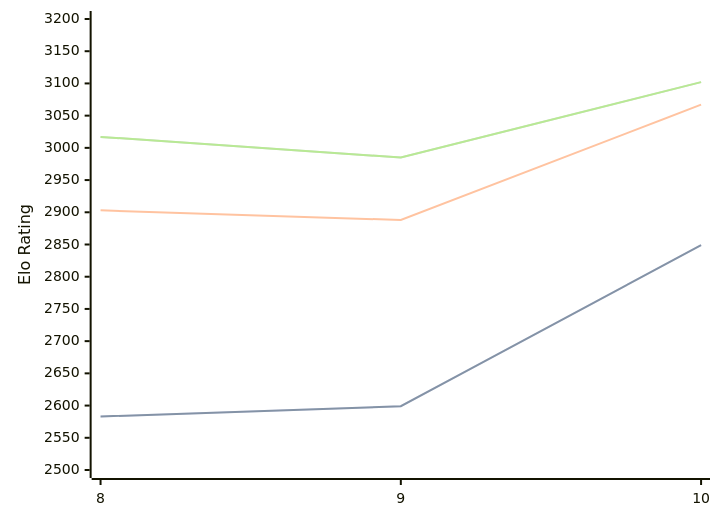
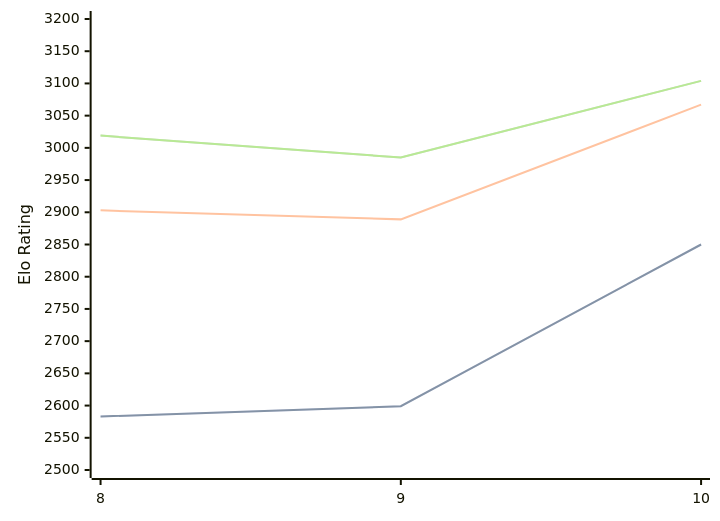
One commit to computer-chess-index/cci changed the first of 3 diagrams in engines/Lozza.md. Above: the diagram before and after it, drawn with Mermaid. The commit also changed other lines of this file, not shown here.

Commit message:
Update CCI Ratings (ELO VLTC) - 2026-06-16

````diff
--- a/engines/Lozza.md
+++ b/engines/Lozza.md
@@ -41,11 +41,11 @@
 ```mermaid
 %%{init: {"theme":"base","themeVariables":{"seriesColors:['#a3a3a3','#222221','#faa371']}}}%%
 xychart-beta
   x-axis ["8", "9", "10"]
   y-axis "Elo Rating" 2500 --> 3200
-  line "STC (8.0+0.08s)" [2583, 2599, 2849]
-  line "STC (8.0+0.08s)" [2583, 2599, 2849]
-  line "LTC (60.0+0.60s)" [2903, 2888, 3067]
-  line "VLTC (2m24s+1.12s)" [3017, 2985, 3102]
-  line "VLTC (2m24s+1.12s)" [3017, 2985, 3102]
+  line "STC (8.0+0.08s)" [2583, 2599, 2850]
+  line "STC (8.0+0.08s)" [2583, 2599, 2850]
+  line "LTC (60.0+0.60s)" [2903, 2889, 3067]
+  line "VLTC (2m24s+1.12s)" [3019, 2985, 3104]
+  line "VLTC (2m24s+1.12s)" [3019, 2985, 3104]
 ```
````
